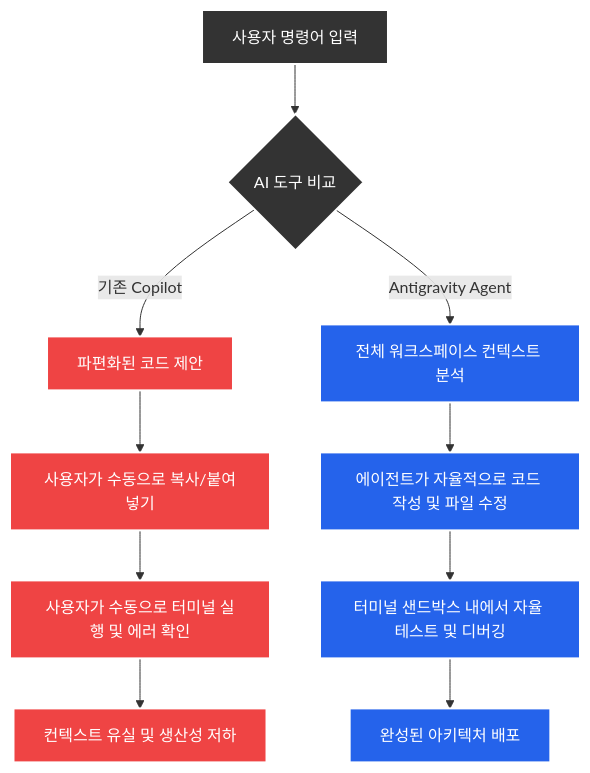
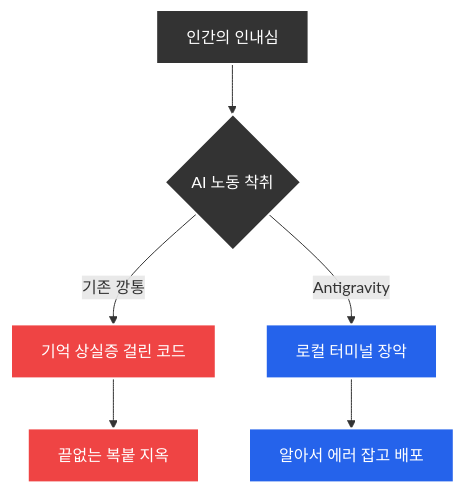
One commit to pandragun-sudo/Lumen-blog changed the diagram in src/content/blog/2026-08-06-antigravity-gemini-solo-saas-ep1.md. Above: the diagram before and after it, drawn with Mermaid. The commit also changed other lines of this file and 44 other files, not shown here.

````diff
--- a/src/content/blog/2026-08-06-antigravity-gemini-solo-saas-ep1.md
+++ b/src/content/blog/2026-08-06-antigravity-gemini-solo-saas-ep1.md
@@ -51,24 +12,16 @@
 ```mermaid
 graph TD
-    A[사용자 명령어 입력] --> B{AI 도구 비교}
-    B -- 기존 Copilot --> C[파편화된 코드 제안]
-    C --> D[사용자가 수동으로 복사/붙여넣기]
-    D --> E[사용자가 수동으로 터미널 실행 및 에러 확인]
-    E --> F[컨텍스트 유실 및 생산성 저하]
+    A[인간의 인내심] --> B{AI 노동 착취}
+    B -- 기존 깡통 --> C[기억 상실증 걸린 코드]
+    C --> D[끝없는 복붙 지옥]
     
-    B -- Antigravity Agent --> G[전체 워크스페이스 컨텍스트 분석]
-    G --> H[에이전트가 자율적으로 코드 작성 및 파일 수정]
-    H --> I[터미널 샌드박스 내에서 자율 테스트 및 디버깅]
-    I --> J[완성된 아키텍처 배포]
+    B -- Antigravity --> G[로컬 터미널 장악]
+    G --> H[알아서 에러 잡고 배포]
     
     style A fill:#333,stroke:#fff,stroke-width:2px,color:#fff
     style B fill:#333,stroke:#fff,stroke-width:2px,color:#fff
     style C fill:#ef4444,stroke:#fff,stroke-width:2px,color:#fff
     style D fill:#ef4444,stroke:#fff,stroke-width:2px,color:#fff
-    style E fill:#ef4444,stroke:#fff,stroke-width:2px,color:#fff
-    style F fill:#ef4444,stroke:#fff,stroke-width:2px,color:#fff
     style G fill:#2563eb,stroke:#fff,stroke-width:2px,color:#fff
     style H fill:#2563eb,stroke:#fff,stroke-width:2px,color:#fff
-    style I fill:#2563eb,stroke:#fff,stroke-width:2px,color:#fff
-    style J fill:#2563eb,stroke:#fff,stroke-width:2px,color:#fff
 ```
````
